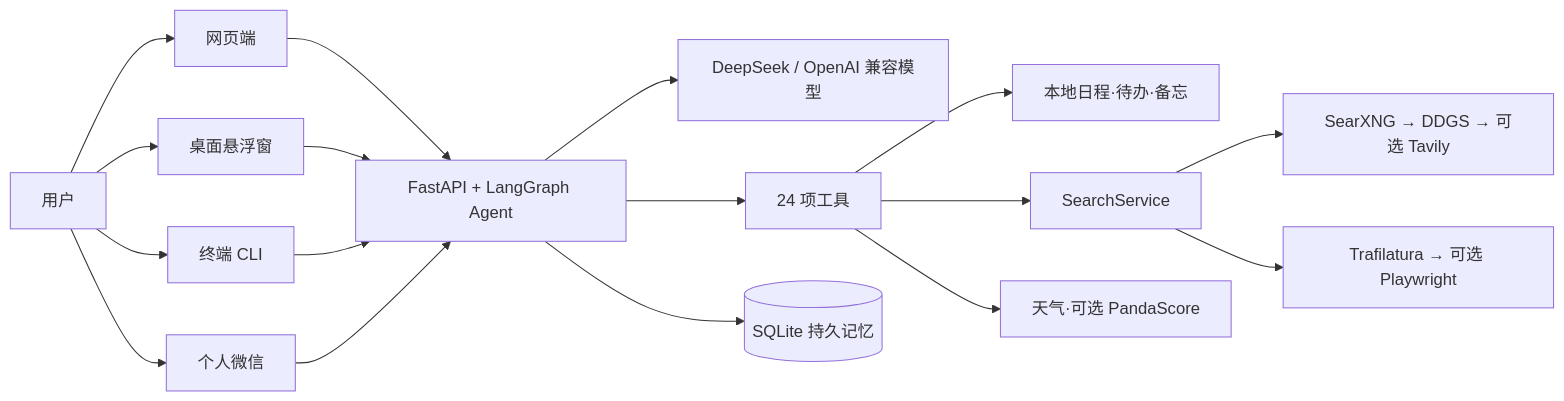
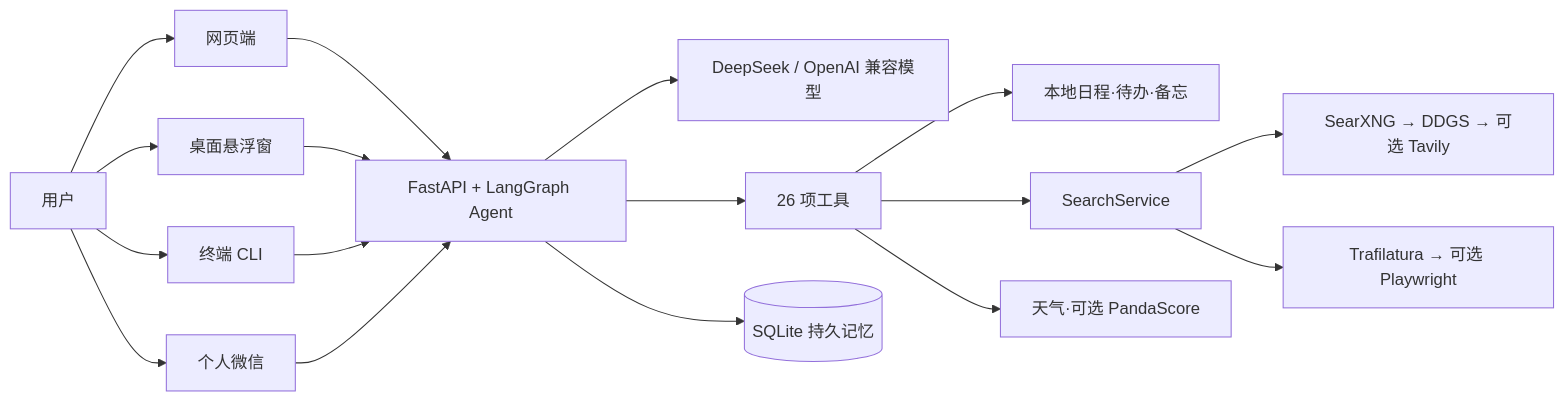
The diagram in README.md (123akw/jarvis), drawn with Mermaid before and after one commit. The commit also changed other lines of this file and 2 other files, not shown here.

````diff
--- a/README.md
+++ b/README.md
@@ -186,16 +189,16 @@
 ```mermaid
 flowchart LR
   U[用户] --> W[网页端]
   U --> D[桌面悬浮窗]
   U --> C[终端 CLI]
   U --> X[个人微信]
   W & D & C & X --> A[FastAPI + LangGraph Agent]
   A --> M[DeepSeek / OpenAI 兼容模型]
-  A --> T[24 项工具]
+  A --> T[26 项工具]
   A --> S[(SQLite 持久记忆)]
   T --> L[本地日程·待办·备忘]
   T --> Q[SearchService]
   Q --> P[SearXNG → DDGS → 可选 Tavily]
   Q --> R[Trafilatura → 可选 Playwright]
   T --> E[天气·可选 PandaScore]
 ```
````
